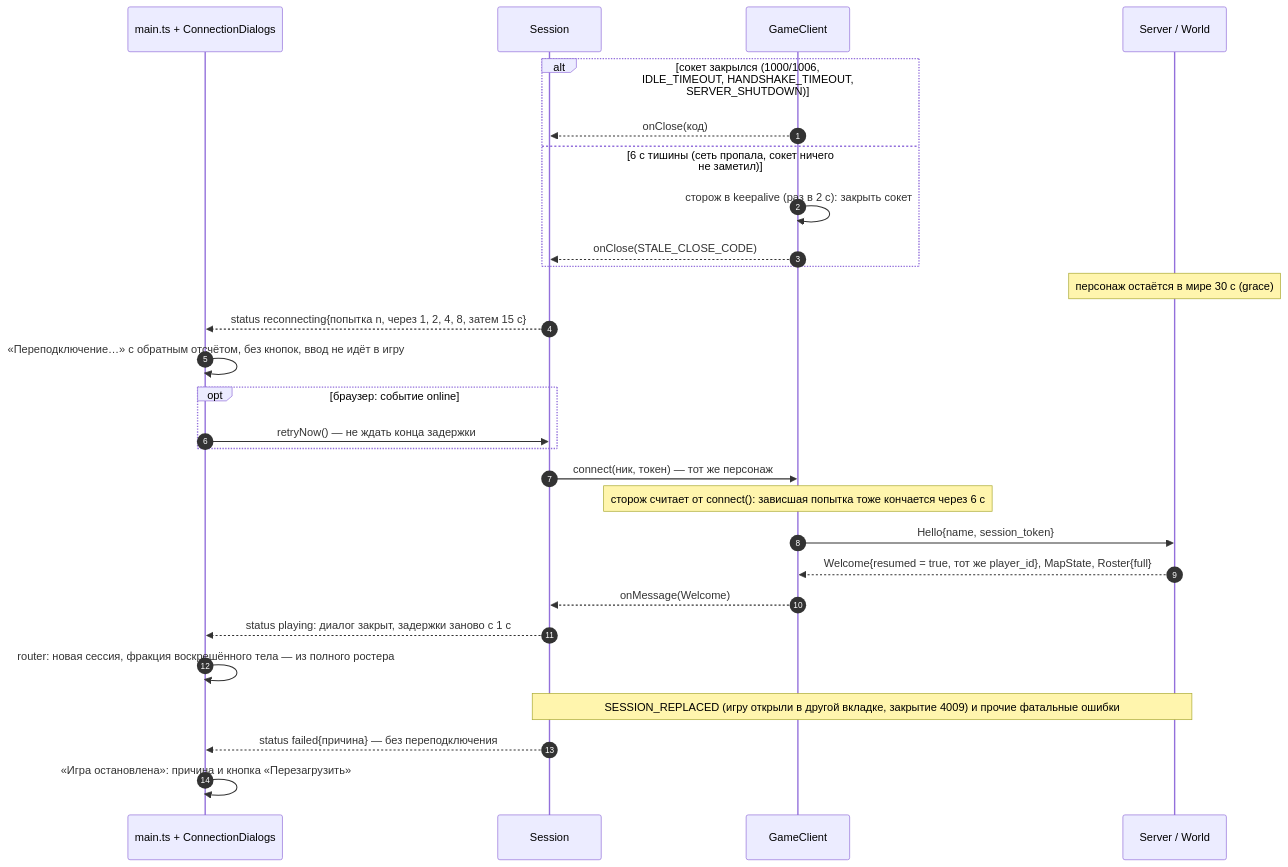
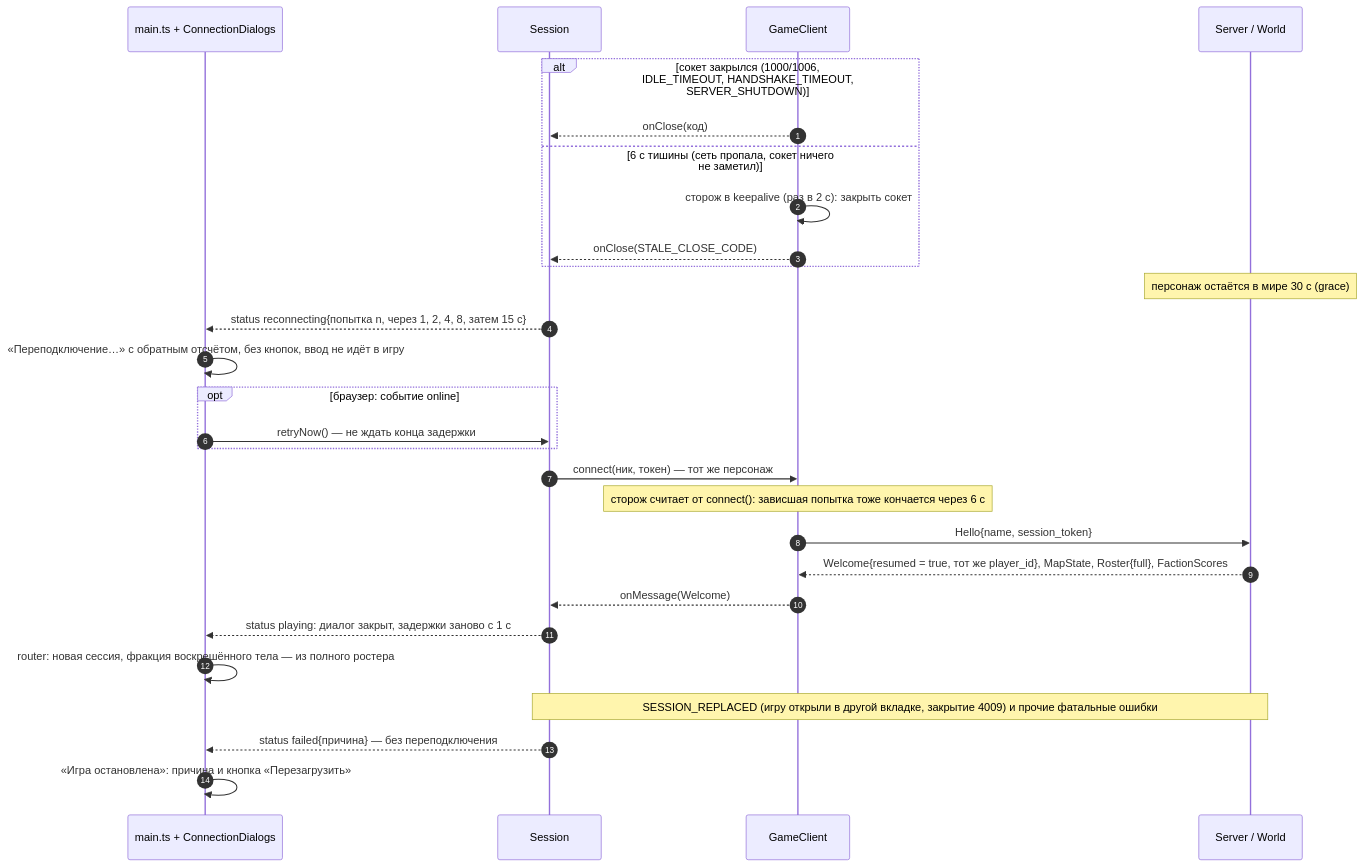
The second of 4 diagrams in client/docs/sequence-diagram.md (litcxx/Game), drawn with Mermaid before and after one commit. The commit also changed other lines of this file and 33 other files, not shown here.

First line of the commit message:
Faction scores from the server; the HUD and the picker show the real count (LTC-20)

````diff
--- a/client/docs/sequence-diagram.md
+++ b/client/docs/sequence-diagram.md
@@ -57,32 +57,32 @@
 ```mermaid
 sequenceDiagram
     autonumber
     participant main as main.ts + ConnectionDialogs
     participant ses as Session
     participant net as GameClient
     participant srv as Server / World
 
     alt сокет закрылся (1000/1006, IDLE_TIMEOUT, HANDSHAKE_TIMEOUT, SERVER_SHUTDOWN)
         net-->>ses: onClose(код)
     else 6 с тишины (сеть пропала, сокет ничего не заметил)
         net->>net: сторож в keepalive (раз в 2 с): закрыть сокет
         net-->>ses: onClose(STALE_CLOSE_CODE)
     end
     Note over srv: персонаж остаётся в мире 30 с (grace)
     ses-->>main: status reconnecting{попытка n, через 1, 2, 4, 8, затем 15 с}
     main->>main: «Переподключение…» с обратным отсчётом, без кнопок, ввод не идёт в игру
     opt браузер: событие online
         main->>ses: retryNow() — не ждать конца задержки
     end
     ses->>net: connect(ник, токен) — тот же персонаж
     Note over net: сторож считает от connect(): зависшая попытка тоже кончается через 6 с
     net->>srv: Hello{name, session_token}
-    srv-->>net: Welcome{resumed = true, тот же player_id}, MapState, Roster{full}
+    srv-->>net: Welcome{resumed = true, тот же player_id}, MapState, Roster{full}, FactionScores
     net-->>ses: onMessage(Welcome)
     ses-->>main: status playing: диалог закрыт, задержки заново с 1 с
     main->>main: router: новая сессия, фракция воскрешённого тела — из полного ростера
 
     Note over ses,srv: SESSION_REPLACED (игру открыли в другой вкладке, закрытие 4009) и прочие фатальные ошибки
     ses-->>main: status failed{причина} — без переподключения
     main->>main: «Игра остановлена»: причина и кнопка «Перезагрузить»
 ```
````
